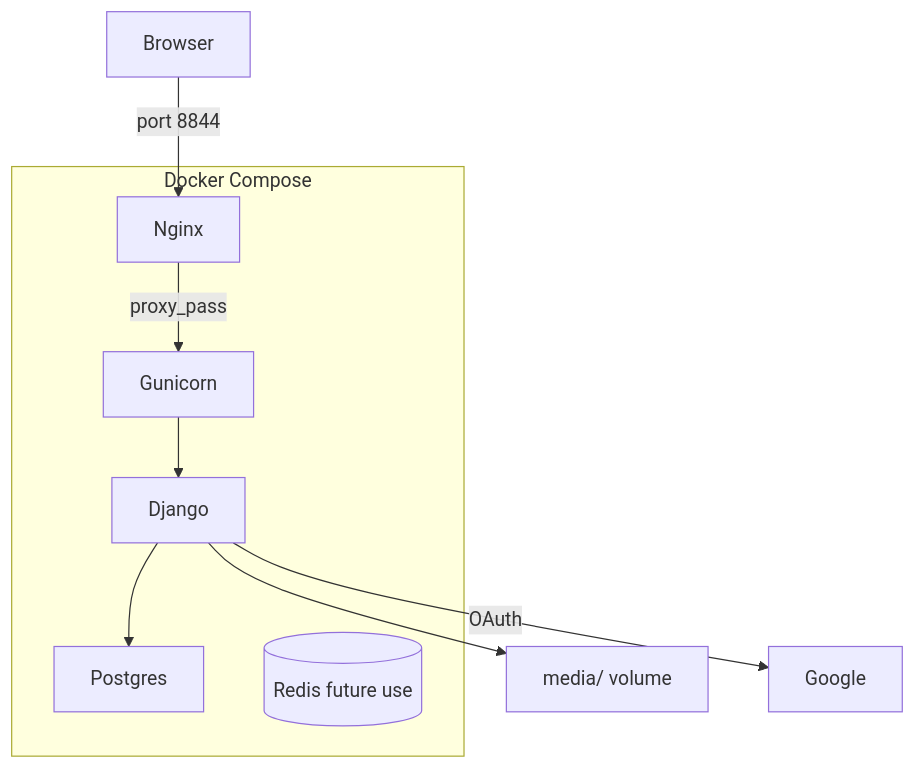
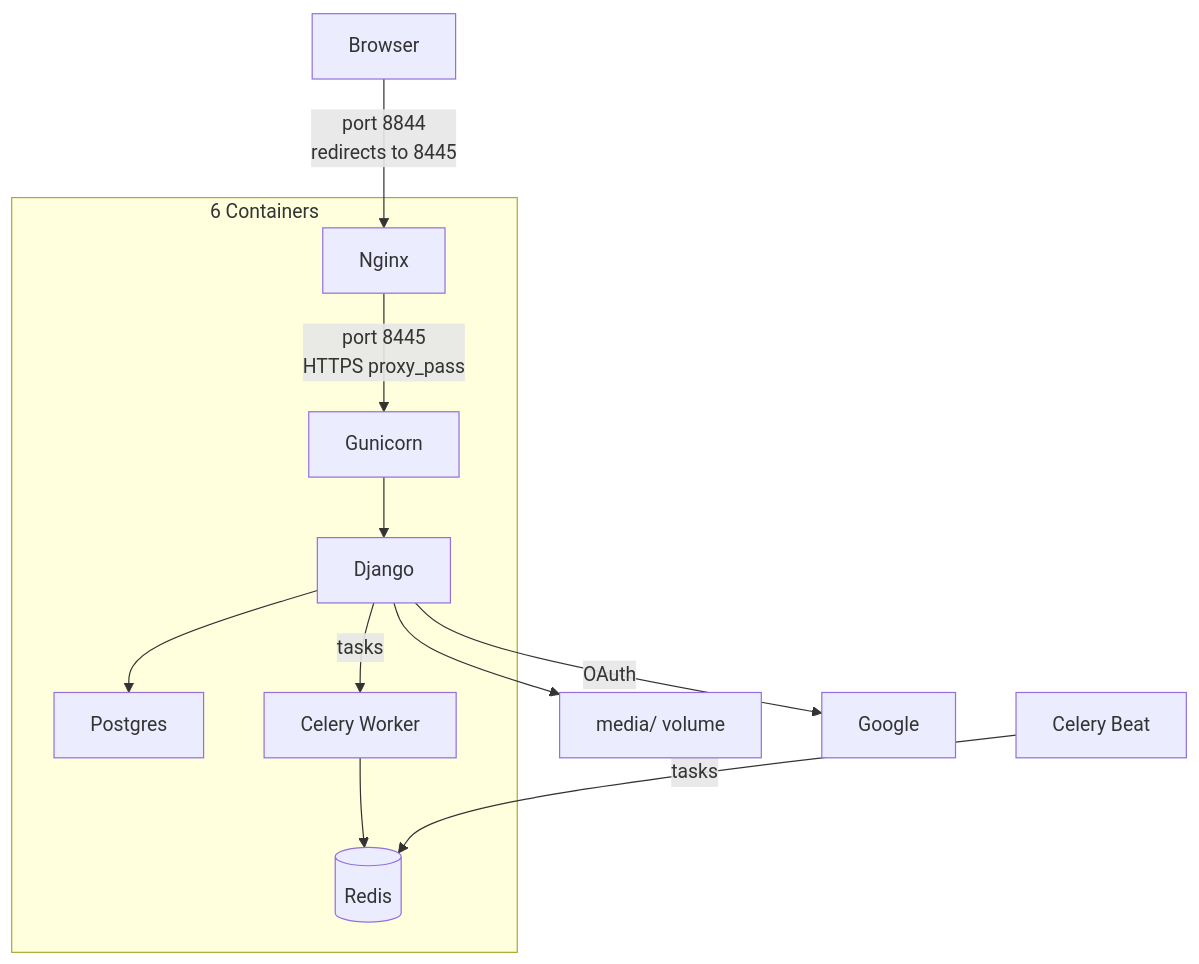
One commit to devadalberto/backdeezup changed the fifth of 5 diagrams in docs/architecture.md. Above: the diagram before and after it, drawn with Mermaid. The commit also changed other lines of this file and 7 other files, not shown here.

````diff
--- a/docs/architecture.md
+++ b/docs/architecture.md
@@ -160,17 +160,21 @@
 ```mermaid
 flowchart TD
-    Browser -->|port 8844| Nginx
-    Nginx -->|proxy_pass| Gunicorn
+    Browser -->|port 8844<br/>redirects to 8445| Nginx
+    Nginx -->|port 8445<br/>HTTPS proxy_pass| Gunicorn
     Gunicorn --> Django
     Django --> Postgres
     Django --> FS2[media/ volume]
     Django -->|OAuth| Google
+    Django -->|tasks| CeleryW[Celery Worker]
+    CeleryW --> Redis[(Redis)]
+    CeleryBeat[Celery Beat] -->|tasks| Redis
 
-    subgraph Docker Compose
+    subgraph Docker Compose [6 Containers]
         Nginx
         Gunicorn
         Django
         Postgres
-        Redis[(Redis future use)]
+        Redis
+        CeleryW
     end
 ```
````
